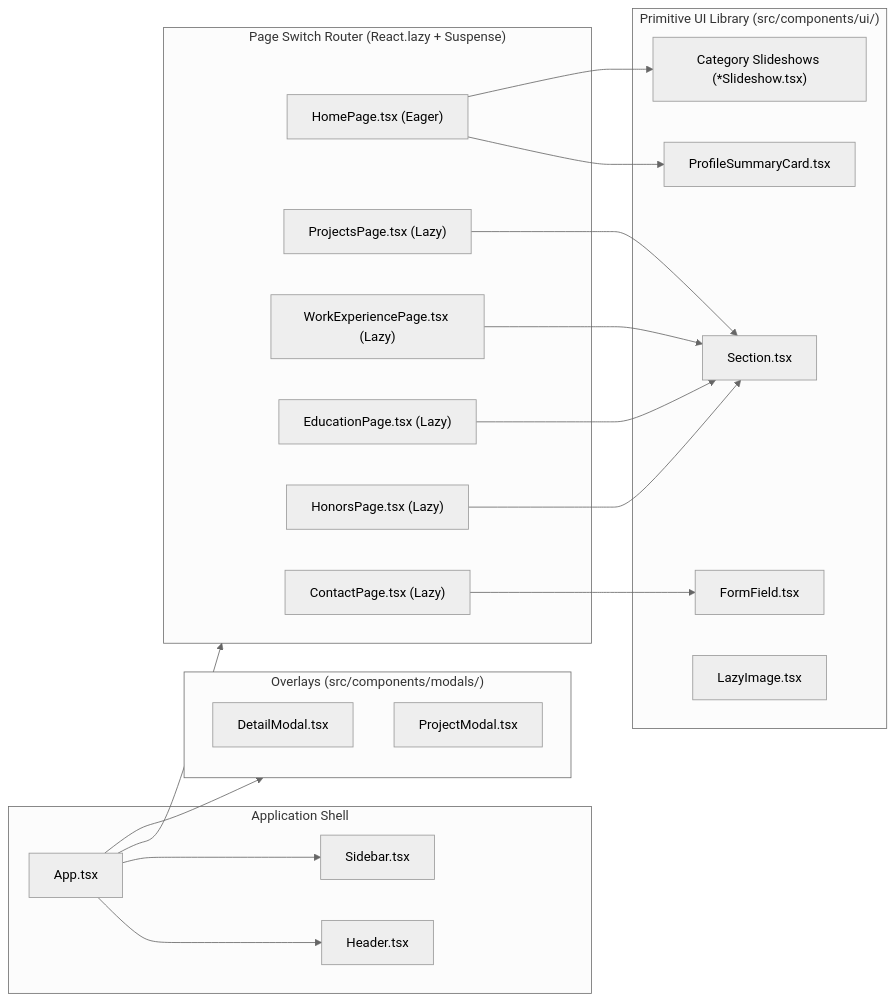
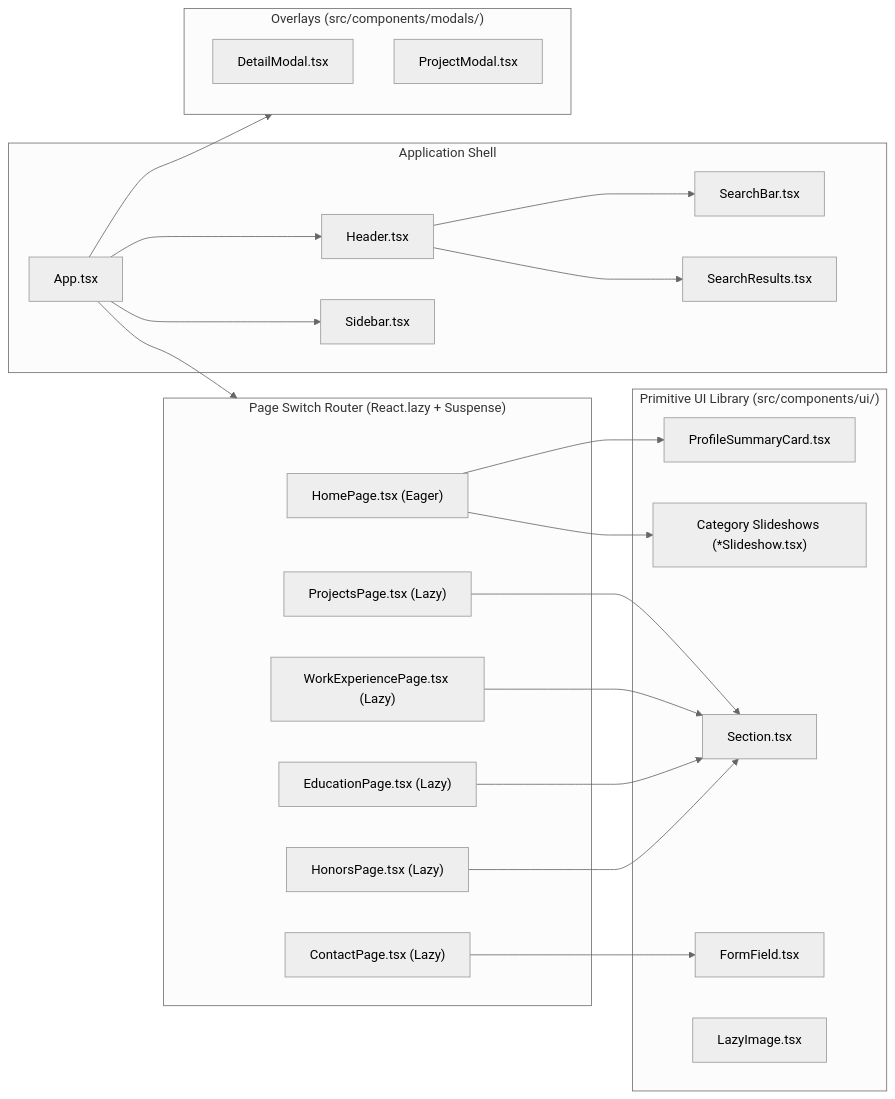
The second of 5 diagrams in docs/architecture.md (kxnghans/kxnghans.github.io), drawn with Mermaid (neutral theme) before and after one commit. The commit also changed other lines of this file and 15 other files, not shown here.

Commit message:
feat(search): implement in-memory weighted search engine and refine architectural documentation suite

````diff
--- a/docs/architecture.md
+++ b/docs/architecture.md
@@ -52,47 +53,51 @@
 ```mermaid
 flowchart LR
     subgraph CoreShell["Application Shell"]
         App["App.tsx"]
         Header["Header.tsx"]
         Sidebar["Sidebar.tsx"]
+        SearchBarComp["SearchBar.tsx"]
+        SearchResultsComp["SearchResults.tsx"]
         App --> Header
         App --> Sidebar
+        Header --> SearchBarComp
+        Header --> SearchResultsComp
     end
 
     subgraph PageRouter["Page Switch Router (React.lazy + Suspense)"]
         HomeView["HomePage.tsx (Eager)"]
         ProjView["ProjectsPage.tsx (Lazy)"]
         WorkView["WorkExperiencePage.tsx (Lazy)"]
         EduView["EducationPage.tsx (Lazy)"]
         HonorsView["HonorsPage.tsx (Lazy)"]
         ContactView["ContactPage.tsx (Lazy)"]
     end
 
     subgraph SharedUI["Primitive UI Library (src/components/ui/)"]
         ProfileCard["ProfileSummaryCard.tsx"]
         Slideshows["Category Slideshows (*Slideshow.tsx)"]
         SectionComp["Section.tsx"]
         FormComp["FormField.tsx"]
         LazyImg["LazyImage.tsx"]
     end
 
     subgraph ModalLayer["Overlays (src/components/modals/)"]
         DetailMod["DetailModal.tsx"]
         ProjMod["ProjectModal.tsx"]
     end
 
     %% Routing connections
     App --> PageRouter
 
     %% Component usage
     HomeView --> ProfileCard
     HomeView --> Slideshows
     ProjView --> SectionComp
     WorkView --> SectionComp
     EduView --> SectionComp
     HonorsView --> SectionComp
     ContactView --> FormComp
 
     %% Modal triggers
     App --> ModalLayer
 ```
````
